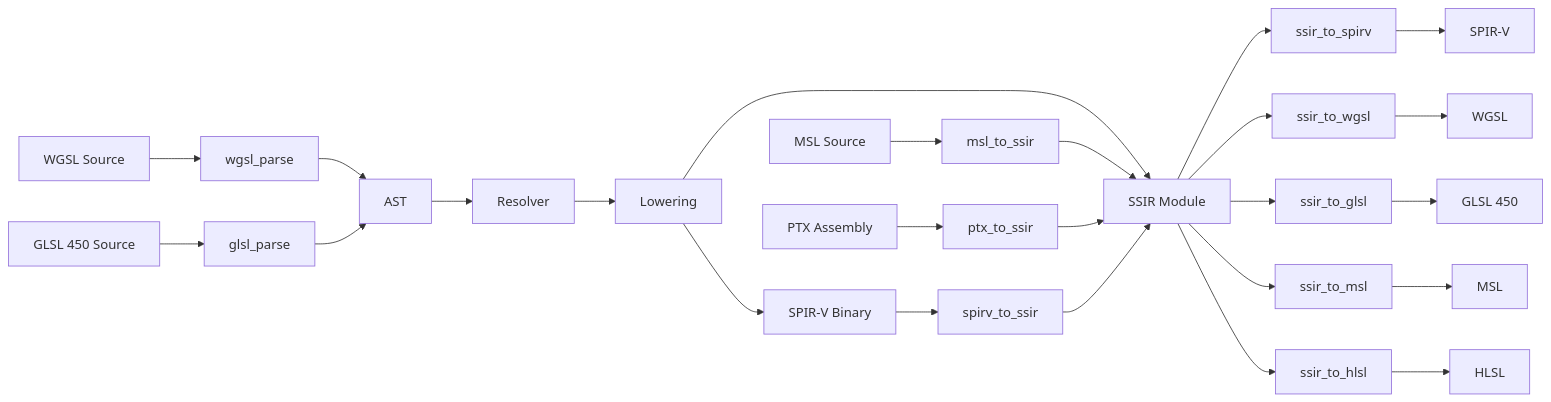
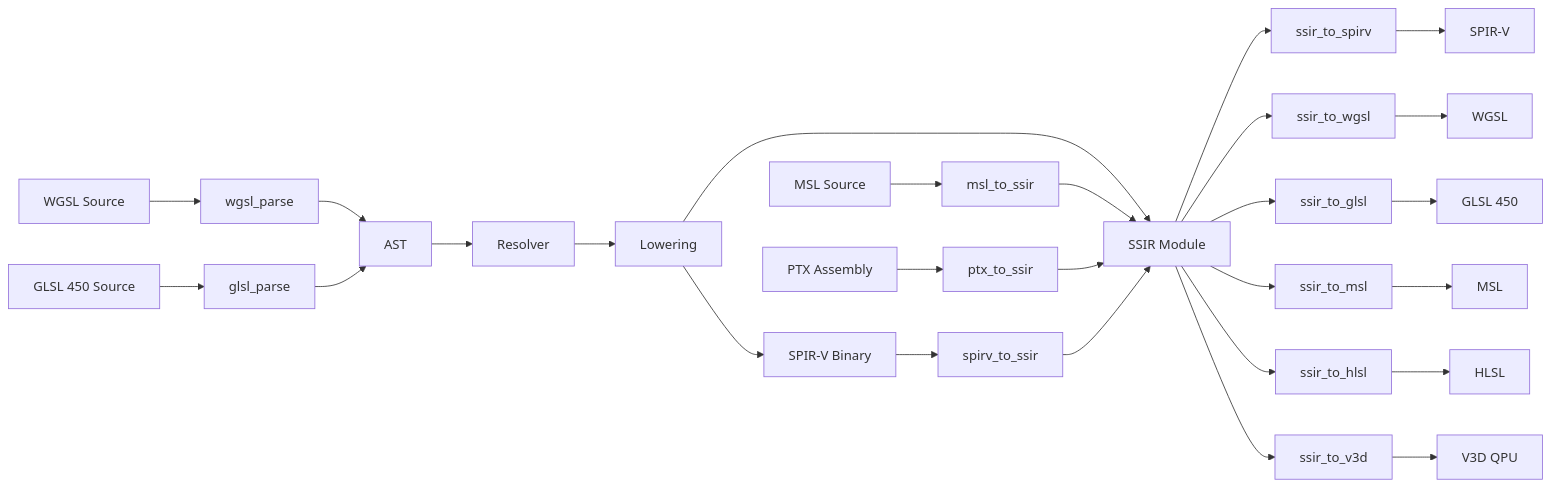
The diagram in README.md (manuel5975p/simple_wgsl), drawn with Mermaid before and after one commit. The commit also changed other lines of this file and 4 other files, not shown here.

````diff
--- a/README.md
+++ b/README.md
@@ -95,27 +96,29 @@
 ```mermaid
 graph LR
     WGSL["WGSL Source"] --> P1[wgsl_parse]
     GLSL["GLSL 450 Source"] --> P2[glsl_parse]
     MSL["MSL Source"] --> P3[msl_to_ssir]
     PTX["PTX Assembly"] --> P4[ptx_to_ssir]
     P1 --> AST[AST]
     P2 --> AST
     AST --> R[Resolver]
     R --> L[Lowering]
     L --> SSIR["SSIR Module"]
     L --> SPIRV["SPIR-V Binary"]
     SPIRV --> D[spirv_to_ssir]
     P3 --> SSIR
     P4 --> SSIR
     D --> SSIR
     SSIR --> E1[ssir_to_spirv]
     SSIR --> E2[ssir_to_wgsl]
     SSIR --> E3[ssir_to_glsl]
     SSIR --> E4[ssir_to_msl]
     SSIR --> E5[ssir_to_hlsl]
+    SSIR --> E6[ssir_to_v3d]
     E1 --> SPIRV2["SPIR-V"]
     E2 --> WGSL2["WGSL"]
     E3 --> GLSL2["GLSL 450"]
     E4 --> MSL2["MSL"]
     E5 --> HLSL2["HLSL"]
+    E6 --> V3D2["V3D QPU"]
 ```
````
